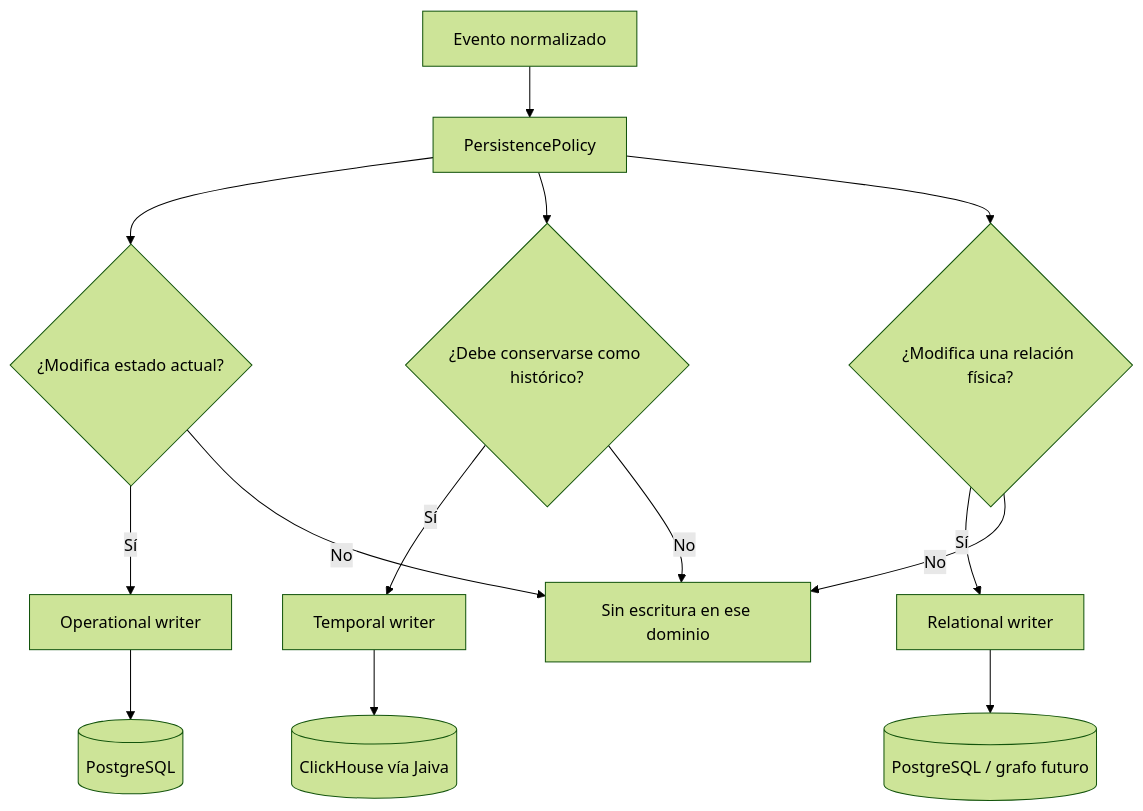
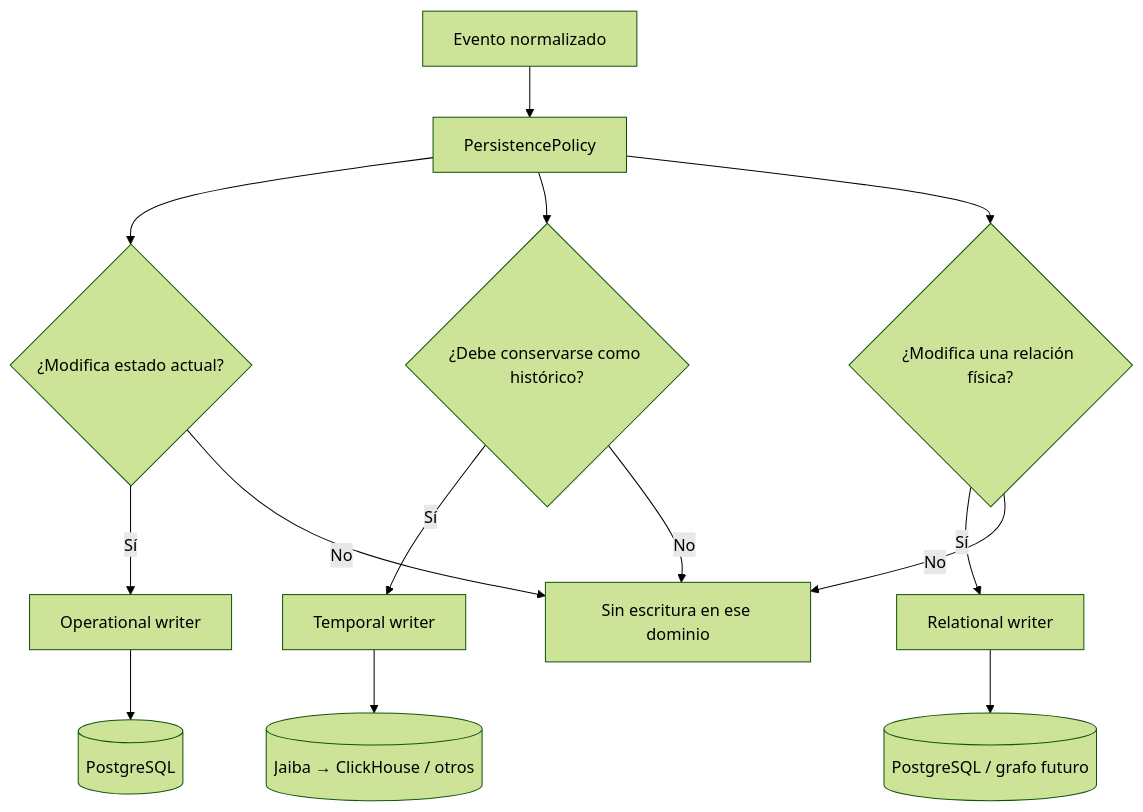
The sixth of 9 diagrams in core/rs/ARCHITECTURE.md (dfr2098/broder), drawn with Mermaid (forest theme) before and after one commit. The commit also changed other lines of this file and 26 other files, not shown here.

````diff
--- a/core/rs/ARCHITECTURE.md
+++ b/core/rs/ARCHITECTURE.md
@@ -288,19 +288,19 @@
 ```mermaid
 flowchart TD
     EVENT[Evento normalizado] --> POLICY[PersistencePolicy]
     POLICY --> OP{¿Modifica estado actual?}
     POLICY --> HIS{¿Debe conservarse como histórico?}
     POLICY --> GRA{¿Modifica una relación física?}
 
     OP -->|Sí| OPW[Operational writer]
     HIS -->|Sí| HISW[Temporal writer]
     GRA -->|Sí| GRAW[Relational writer]
 
     OPW --> PG[(PostgreSQL)]
-    HISW --> TS[(ClickHouse vía Jaiva)]
+    HISW --> TS[(Jaiba → ClickHouse / otros)]
     GRAW --> GRAPH[(PostgreSQL / grafo futuro)]
 
     OP -->|No| END[Sin escritura en ese dominio]
     HIS -->|No| END
     GRA -->|No| END
 ```
````
